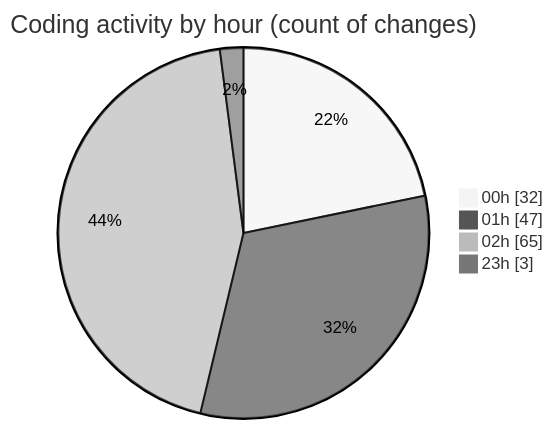
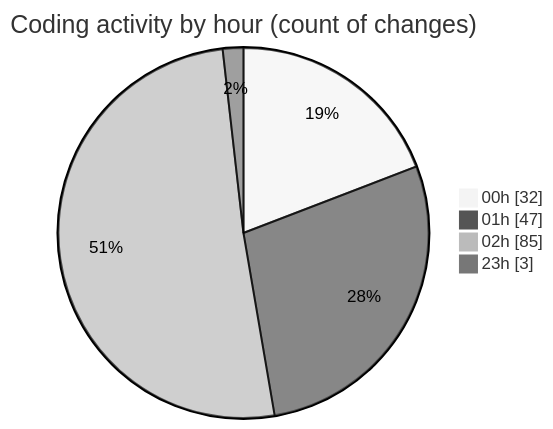
The second of 2 diagrams in 2025-07-28/quanlyrapchieuphim-1/README.md (lephambinh05/code-tracking), drawn with Mermaid (neutral theme) before and after one commit. The commit also changed other lines of this file and 1 other file, not shown here.

````diff
--- a/2025-07-28/quanlyrapchieuphim-1/README.md
+++ b/2025-07-28/quanlyrapchieuphim-1/README.md
@@ -48,8 +48,8 @@
 ```mermaid
 pie showData
 title Coding activity by hour (count of changes)
 "00h" : 32
 "01h" : 47
-"02h" : 65
+"02h" : 85
 "23h" : 3
 ```
````
